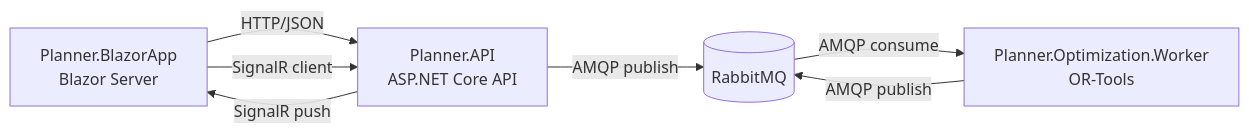
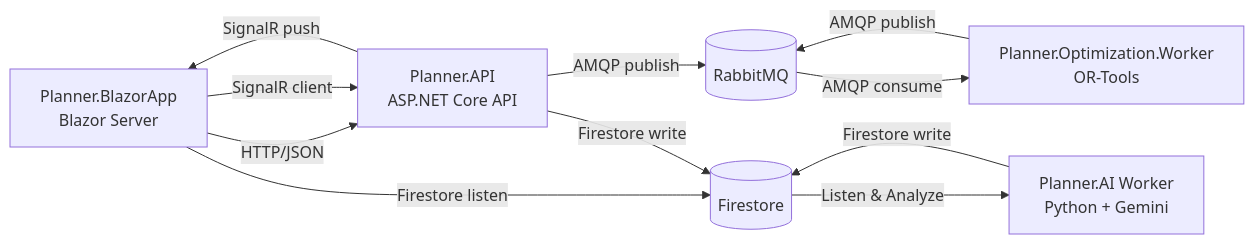
Before and after one commit to stephen-wu-chaohui/Planner: the diagram in README.md, drawn with Mermaid. The commit also changed other lines of this file and 3 other files, not shown here.

````diff
--- a/README.md
+++ b/README.md
@@ -31,10 +31,15 @@
 ```mermaid
 flowchart LR
   UI["Planner.BlazorApp<br/>Blazor Server"] -->|HTTP/JSON| API["Planner.API<br/>ASP.NET Core API"]
   UI -->|SignalR client| API
+  UI -->|Firestore listen| FS[(Firestore)]
 
   API -->|AMQP publish| MQ[(RabbitMQ)]
+  API -->|Firestore write| FS
   MQ -->|AMQP consume| WK["Planner.Optimization.Worker<br/>OR-Tools"]
   WK -->|AMQP publish| MQ
   API -->|SignalR push| UI
+  
+  FS -->|Listen & Analyze| AI["Planner.AI Worker<br/>Python + Gemini"]
+  AI -->|Firestore write| FS
 ```
````
